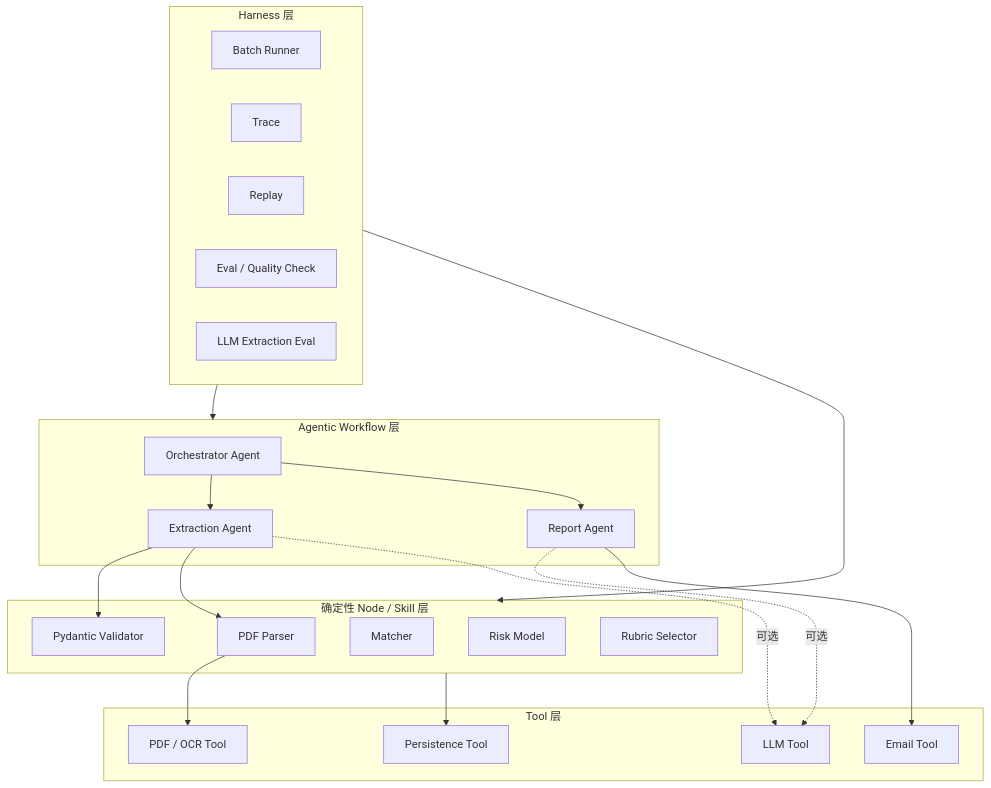
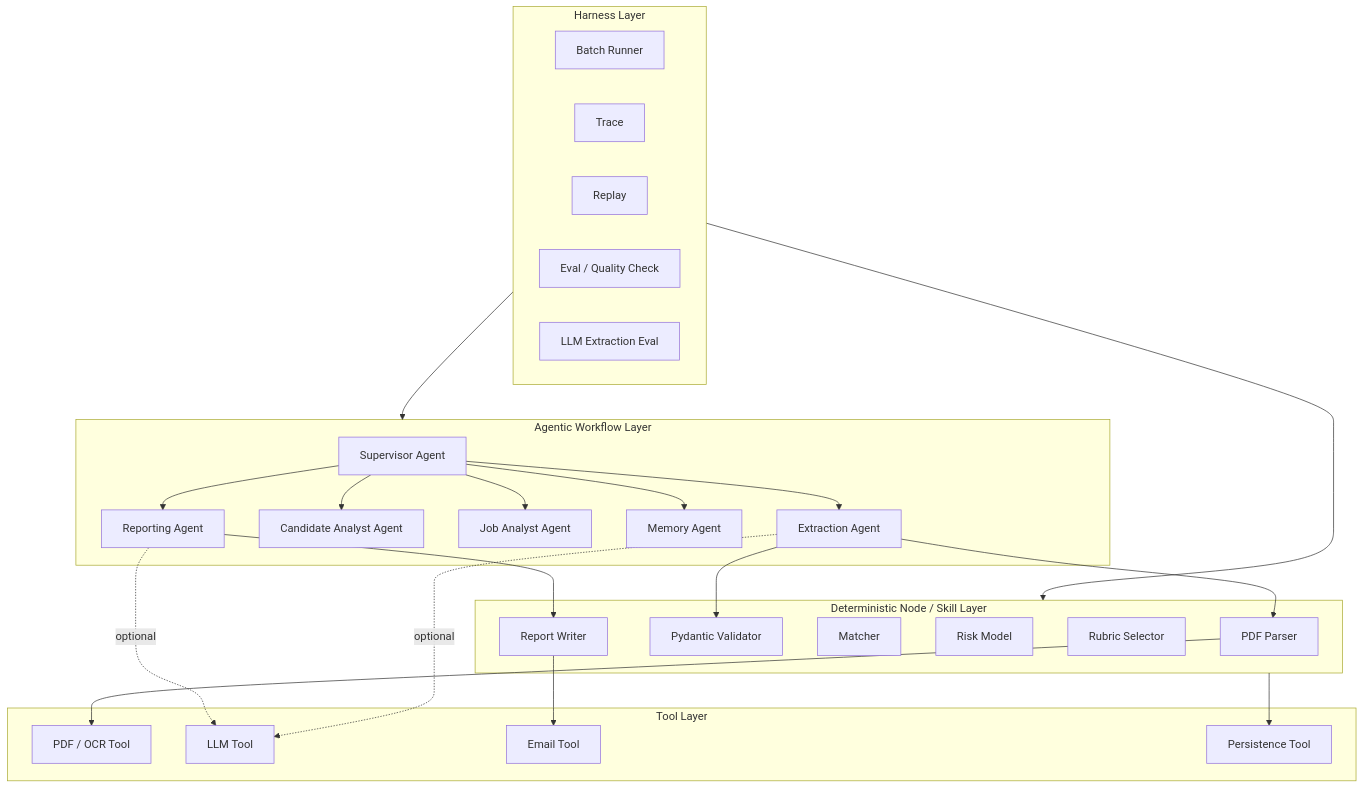
One commit to supeng0916-beep/resume-pilot changed the third of 10 diagrams in docs/architecture_diagrams.md. Above: the diagram before and after it, drawn with Mermaid. The commit also changed other lines of this file and 17 other files, not shown here.

Commit message:
feat: upgrade workflow to supervisor-led multi-agent architecture

````diff
--- a/docs/architecture_diagrams.md
+++ b/docs/architecture_diagrams.md
@@ -58,43 +62,51 @@
 ```mermaid
 flowchart TB
-    subgraph Agentic["Agentic Workflow 层"]
-        Hub["Orchestrator Agent"]
+    subgraph Agentic["Agentic Workflow Layer"]
+        Hub["Supervisor Agent"]
         Extract["Extraction Agent"]
-        ReportAgent["Report Agent"]
+        CandidateAgent["Candidate Analyst Agent"]
+        JobAgent["Job Analyst Agent"]
+        MemoryAgent["Memory Agent"]
+        ReportingAgent["Reporting Agent"]
     end
 
-    subgraph Nodes["确定性 Node / Skill 层"]
+    subgraph Nodes["Deterministic Node / Skill Layer"]
         Parser["PDF Parser"]
         Validator["Pydantic Validator"]
         Matcher["Matcher"]
         Risk["Risk Model"]
         Rubric["Rubric Selector"]
+        ReportWriter["Report Writer"]
     end
 
-    subgraph Tools["Tool 层"]
+    subgraph Tools["Tool Layer"]
         PDF["PDF / OCR Tool"]
         LLMTool["LLM Tool"]
         Email["Email Tool"]
         StoreTool["Persistence Tool"]
     end
 
-    subgraph Harness["Harness 层"]
+    subgraph Harness["Harness Layer"]
         Batch["Batch Runner"]
         Trace["Trace"]
         Replay["Replay"]
         Eval["Eval / Quality Check"]
         LLMEval["LLM Extraction Eval"]
     end
 
     Hub --> Extract
-    Hub --> ReportAgent
+    Hub --> CandidateAgent
+    Hub --> JobAgent
+    Hub --> MemoryAgent
+    Hub --> ReportingAgent
     Extract --> Validator
     Extract --> Parser
     Parser --> PDF
-    Extract -.可选.-> LLMTool
-    ReportAgent -.可选.-> LLMTool
-    ReportAgent --> Email
+    Extract -.optional.-> LLMTool
+    ReportingAgent -.optional.-> LLMTool
+    ReportingAgent --> ReportWriter
+    ReportWriter --> Email
     Nodes --> StoreTool
     Harness --> Agentic
     Harness --> Nodes
 ```
````
